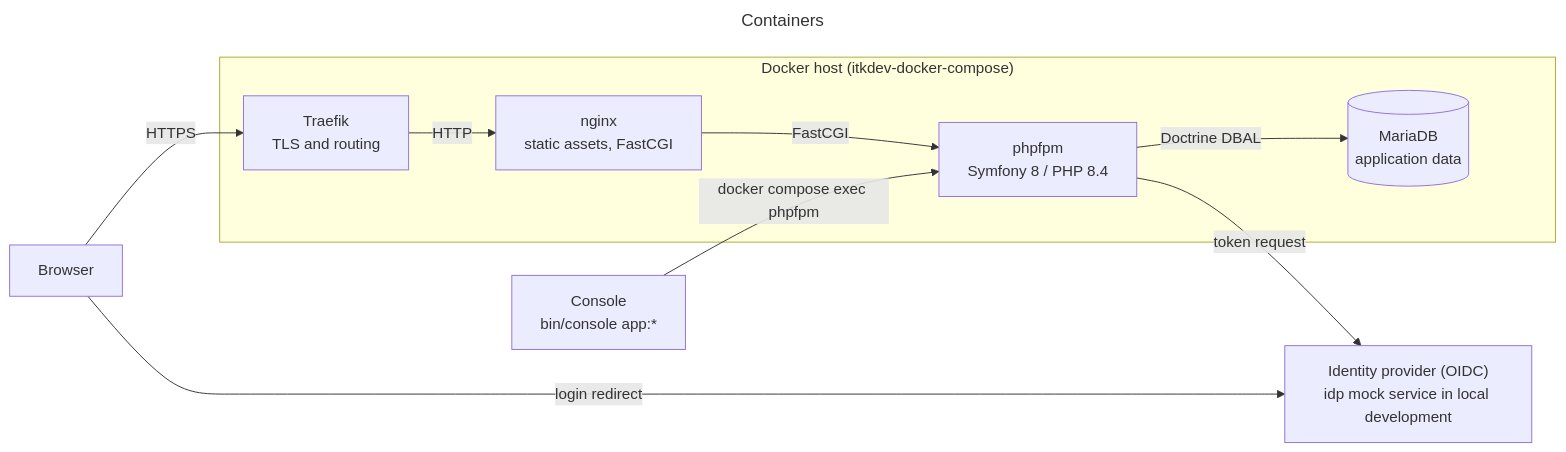
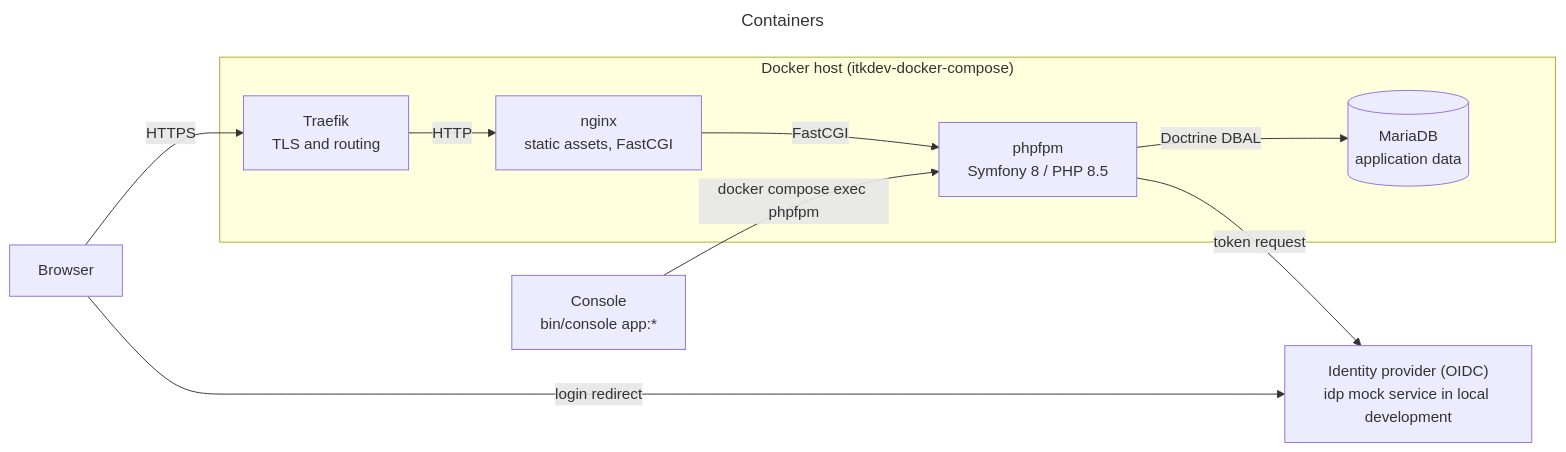
The second of 7 diagrams in docs/architecture.md (itk-dev/koerselsoverblik), drawn with Mermaid before and after one commit. The commit also changed other lines of this file and 14 other files, not shown here.

````diff
--- a/docs/architecture.md
+++ b/docs/architecture.md
@@ -97,25 +97,25 @@
 ```mermaid
 ---
 title: Containers
 ---
 flowchart LR
     browser["Browser"]
 
     subgraph server["Docker host (itkdev-docker-compose)"]
         traefik["Traefik<br/>TLS and routing"]
         nginx["nginx<br/>static assets, FastCGI"]
-        phpfpm["phpfpm<br/>Symfony 8 / PHP 8.4"]
+        phpfpm["phpfpm<br/>Symfony 8 / PHP 8.5"]
         mariadb[("MariaDB<br/>application data")]
     end
 
     console["Console<br/>bin/console app:*"]
     idp["Identity provider (OIDC)<br/>idp mock service in local development"]
 
     browser -- "HTTPS" --> traefik
     browser -- "login redirect" --> idp
     phpfpm -- "token request" --> idp
     traefik -- "HTTP" --> nginx
     nginx -- "FastCGI" --> phpfpm
     phpfpm -- "Doctrine DBAL" --> mariadb
     console -- "docker compose exec phpfpm" --> phpfpm
 ```
````
